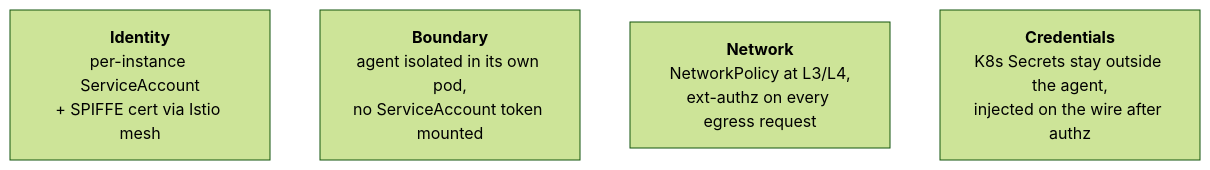
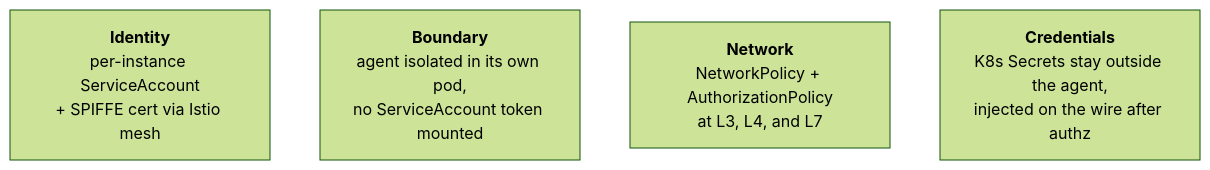
Before and after one commit to dam-agents/dam: the first of 2 diagrams in docs/strategy/security-overview.md, drawn with Mermaid (forest theme). The commit also changed other lines of this file, not shown here.

Commit message:
docs: add AuthorizationPolicy and L7 to Network layer

````diff
--- a/docs/strategy/security-overview.md
+++ b/docs/strategy/security-overview.md
@@ -8,8 +8,8 @@
 ```mermaid
 flowchart LR
   L1["<b>Identity</b><br/>per-instance ServiceAccount<br/>+ SPIFFE cert via Istio mesh"]
   L2["<b>Boundary</b><br/>agent isolated in its own pod,<br/>no ServiceAccount token mounted"]
-  L3["<b>Network</b><br/>NetworkPolicy at L3/L4,<br/>ext-authz on every egress request"]
+  L3["<b>Network</b><br/>NetworkPolicy + AuthorizationPolicy<br/>at L3, L4, and L7"]
   L4["<b>Credentials</b><br/>K8s Secrets stay outside the agent,<br/>injected on the wire after authz"]
   L1 ~~~ L2 ~~~ L3 ~~~ L4
 ```
````
